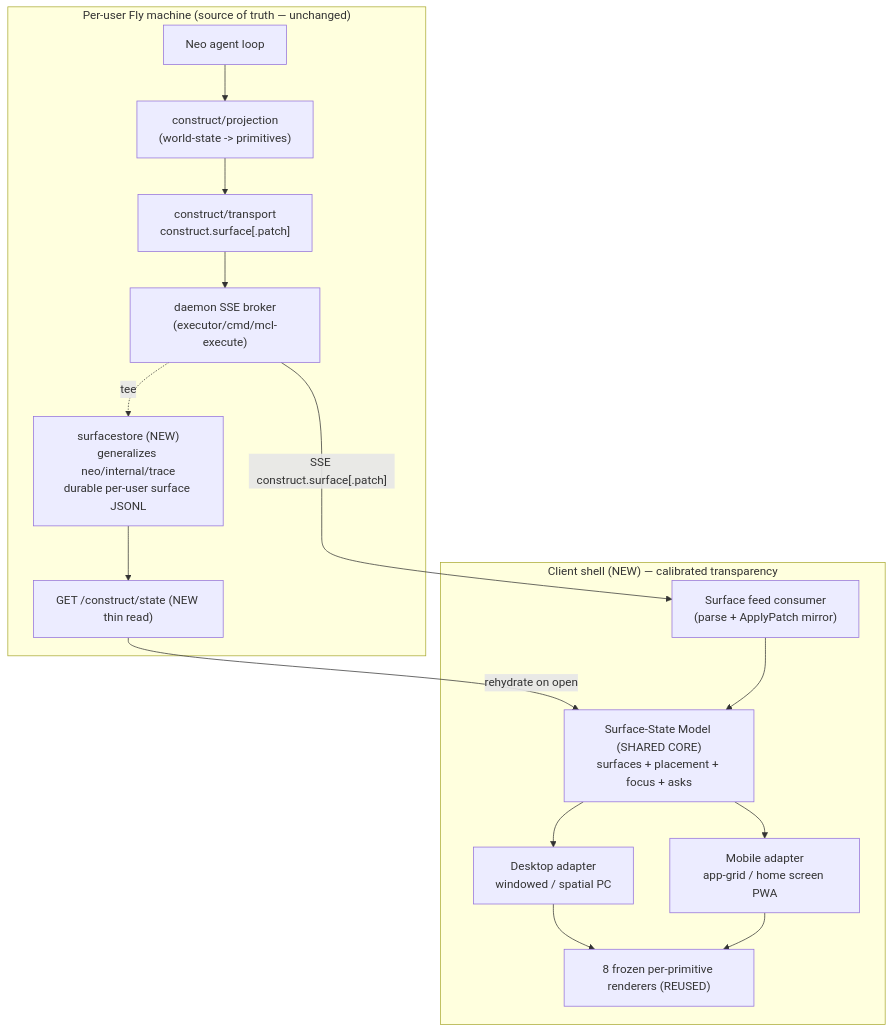
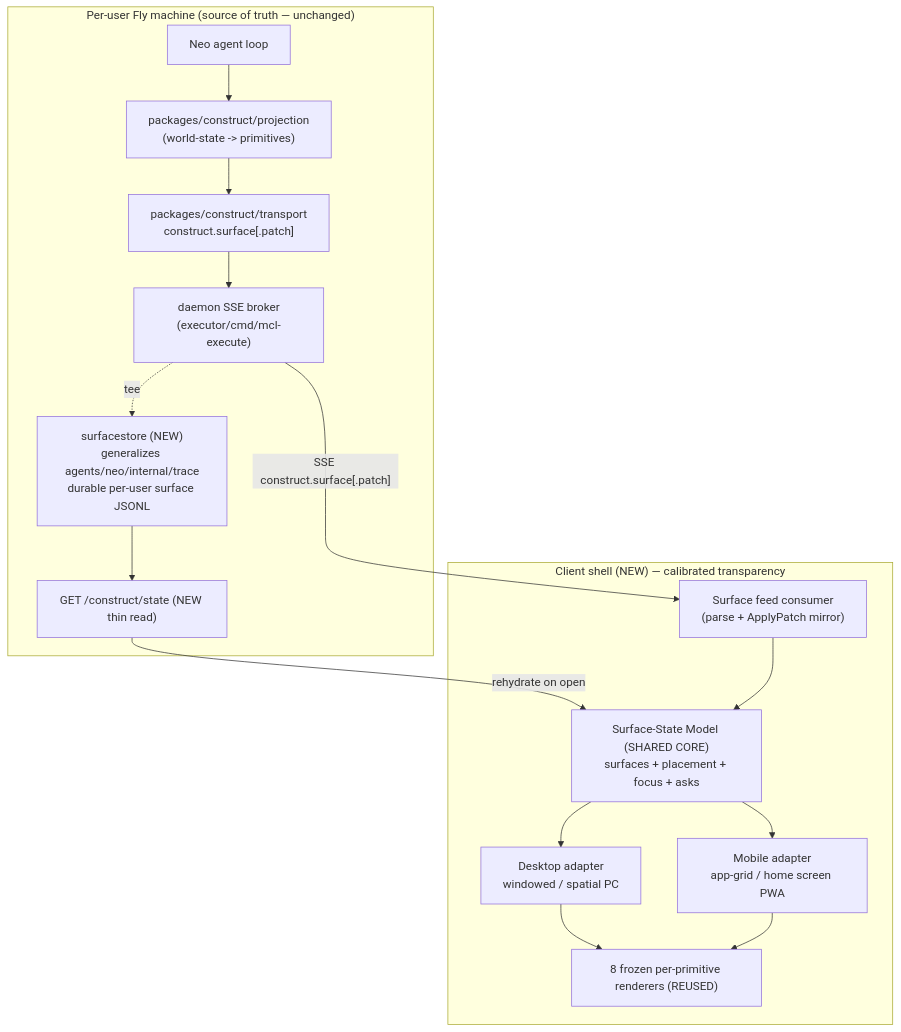
Before and after one commit to paxlabs-inc/matrix-core: the first of 4 diagrams in .kiro/specs/construct-os-shell/design.md, drawn with Mermaid. The commit also changed other lines of this file and 18037 other files, not shown here.

````diff
--- a/.kiro/specs/construct-os-shell/design.md
+++ b/.kiro/specs/construct-os-shell/design.md
@@ -102,30 +102,30 @@
 ```mermaid
 graph TD
     subgraph Server["Per-user Fly machine (source of truth — unchanged)"]
         Neo["Neo agent loop"]
-        Proj["construct/projection<br/>(world-state -> primitives)"]
-        Trans["construct/transport<br/>construct.surface[.patch]"]
+        Proj["packages/construct/projection<br/>(world-state -> primitives)"]
+        Trans["packages/construct/transport<br/>construct.surface[.patch]"]
         Broker["daemon SSE broker<br/>(executor/cmd/mcl-execute)"]
-        Store["surfacestore (NEW)<br/>generalizes neo/internal/trace<br/>durable per-user surface JSONL"]
+        Store["surfacestore (NEW)<br/>generalizes agents/neo/internal/trace<br/>durable per-user surface JSONL"]
         Rehydrate["GET /construct/state (NEW thin read)"]
     end
 
     subgraph Client["Client shell (NEW) — calibrated transparency"]
         Feed["Surface feed consumer<br/>(parse + ApplyPatch mirror)"]
         Model["Surface-State Model (SHARED CORE)<br/>surfaces + placement + focus + asks"]
         DesktopShell["Desktop adapter<br/>windowed / spatial PC"]
         MobileShell["Mobile adapter<br/>app-grid / home screen PWA"]
         Renderers["8 frozen per-primitive renderers (REUSED)"]
     end
 
     Neo --> Proj --> Trans --> Broker
     Broker -->|"SSE construct.surface[.patch]"| Feed
     Broker -.tee.-> Store
     Store --> Rehydrate
     Rehydrate -->|"rehydrate on open"| Model
     Feed --> Model
     Model --> DesktopShell
     Model --> MobileShell
     DesktopShell --> Renderers
     MobileShell --> Renderers
 ```
````
